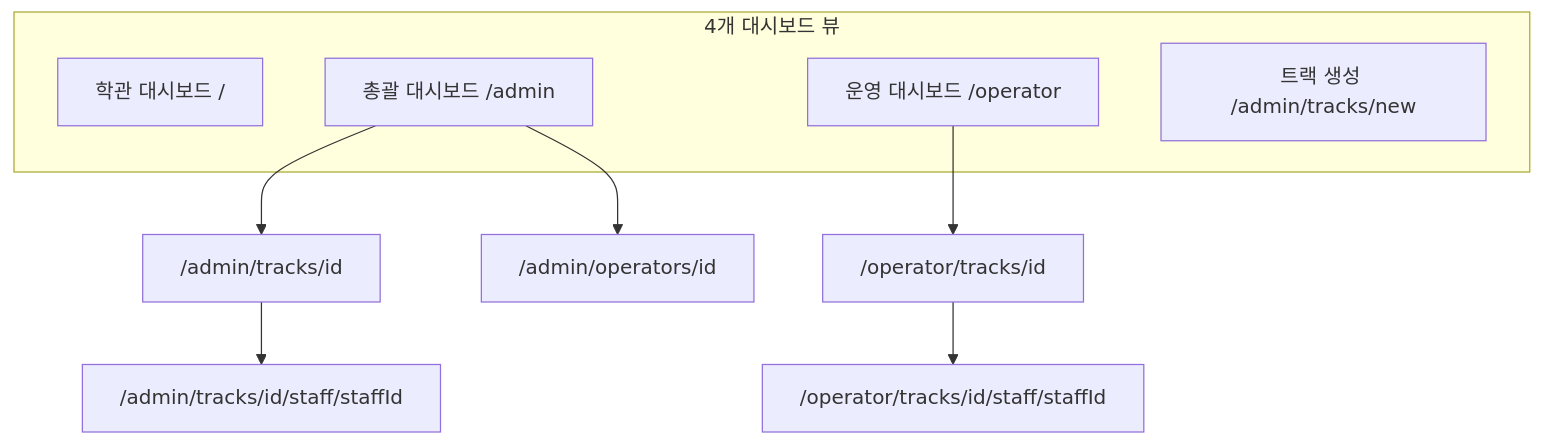
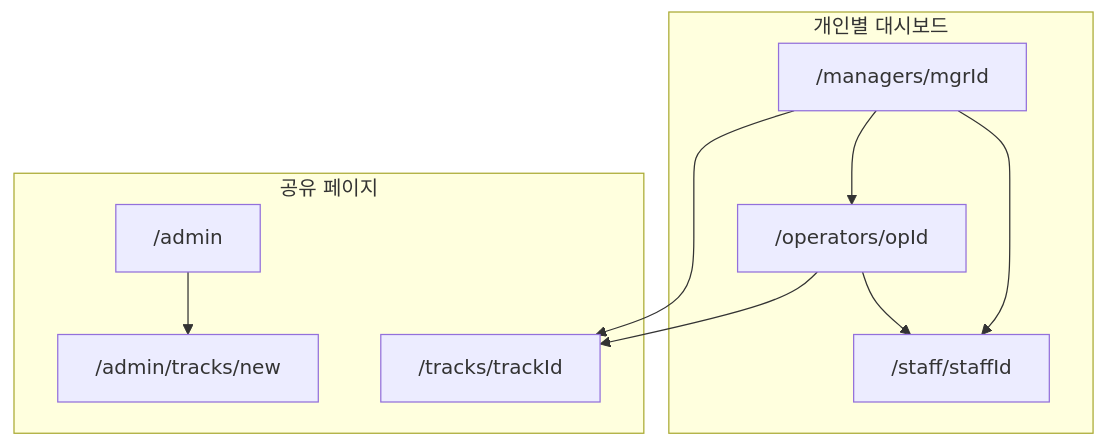
Before and after one commit to bearjun05/track-dashboard: the first of 7 diagrams in PROJECT_CONTEXT.md, drawn with Mermaid. The commit also changed other lines of this file and 83 other files, not shown here.

````diff
--- a/PROJECT_CONTEXT.md
+++ b/PROJECT_CONTEXT.md
@@ -218,14 +220,19 @@
 ```mermaid
 flowchart TD
-    subgraph views [4개 대시보드 뷰]
-        LM["학관 대시보드 /"]
-        Admin["총괄 대시보드 /admin"]
-        Op["운영 대시보드 /operator"]
-        Wizard["트랙 생성 /admin/tracks/new"]
+    subgraph dashboards [개인별 대시보드]
+        LM["/staff/staffId"]
+        Mgr["/managers/mgrId"]
+        Op["/operators/opId"]
     end
-    Admin --> TrackDetail["/admin/tracks/id"]
-    Admin --> OpDetail["/admin/operators/id"]
-    TrackDetail --> StaffDetail["/admin/tracks/id/staff/staffId"]
-    Op --> OpTrackDetail["/operator/tracks/id"]
-    OpTrackDetail --> OpStaffDetail["/operator/tracks/id/staff/staffId"]
+    subgraph shared [공유 페이지]
+        Track["/tracks/trackId"]
+        Admin["/admin"]
+        Wizard["/admin/tracks/new"]
+    end
+    Mgr --> Track
+    Mgr --> Op
+    Mgr --> LM
+    Op --> Track
+    Op --> LM
+    Admin --> Wizard
 ```
````
